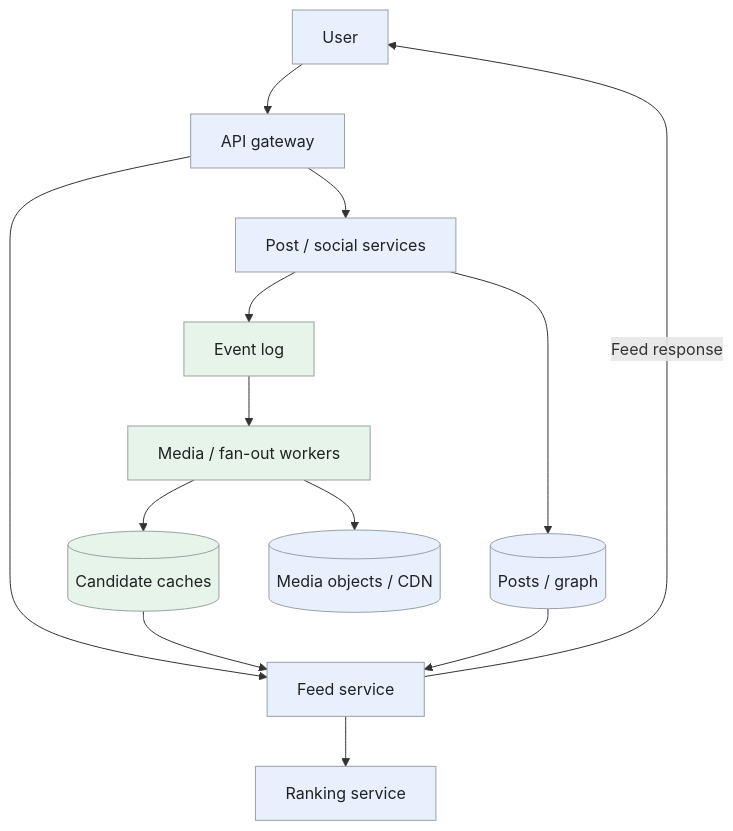
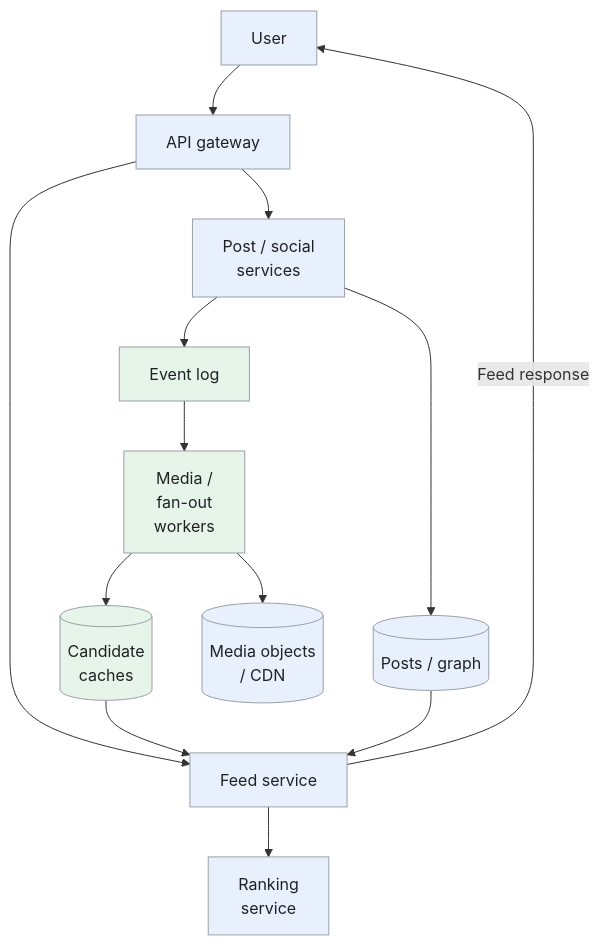
The first of 6 diagrams in _designs/system-design-news-feed.md (iliazlobin/iliazlobin.github.io), drawn with Mermaid before and after one commit. The commit also changed other lines of this file and 116 other files, not shown here.

````diff
--- a/_designs/system-design-news-feed.md
+++ b/_designs/system-design-news-feed.md
@@ -171,20 +171,20 @@
 ```mermaid
 flowchart TB
   U[User] --> API[API gateway]
-  API --> P[Post / social services]
+  API --> P["Post / social<br>services"]
   API --> F[Feed service]
   P --> DB[(Posts / graph)]
   P --> Q[Event log]
-  Q --> W[Media / fan-out workers]
-  W --> C[(Candidate caches)]
-  W --> O[(Media objects / CDN)]
+  Q --> W["Media /<br>fan-out<br>workers"]
+  W --> C[("Candidate<br>caches")]
+  W --> O[("Media objects<br>/ CDN")]
   C --> F
   DB --> F
-  F --> R[Ranking service]
+  F --> R["Ranking<br>service"]
   F -->|Feed response| U
   classDef request fill:#e8f0fe,stroke:#9aa0a6,color:#202124,stroke-width:1px
   classDef background fill:#e6f4ea,stroke:#9aa0a6,color:#202124,stroke-width:1px
   classDef control fill:#fef7e0,stroke:#9aa0a6,color:#202124,stroke-width:1px
   class U,API,P,F,DB,O,R request
   class Q,W,C background
 ```
````
